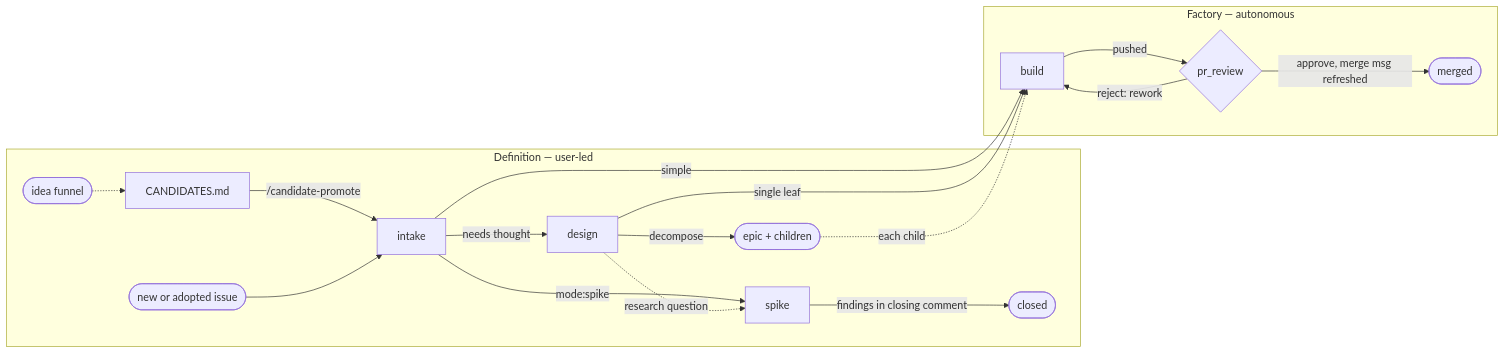
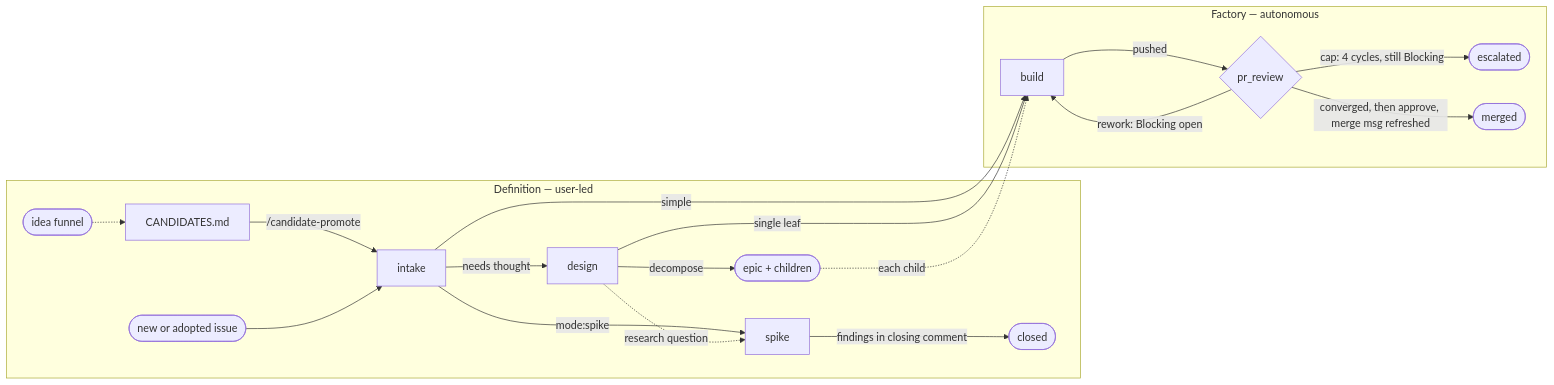
One commit to GeoffNordling/dev-playbook changed the diagram in software-factory/software-factory.md. Above: the diagram before and after it, drawn with Mermaid. The commit also changed other lines of this file and 10 other files, not shown here.

First line of the commit message:
The review loop — parallel reviews, a script verdict, and a 4-cycle cap (#464)

````diff
--- a/software-factory/software-factory.md
+++ b/software-factory/software-factory.md
@@ -34,23 +34,24 @@
 ```mermaid
 flowchart LR
     subgraph definition[Definition — user-led]
         ideas([idea funnel]) -.-> cand[CANDIDATES.md]
         cand -->|/candidate-promote| intake[intake]
         stub([new or adopted issue]) --> intake
         intake -->|needs thought| design[design]
         intake -->|mode:spike| spike[spike]
         design -.->|research question| spike
         design -->|decompose| epic([epic + children])
         spike -->|findings in closing comment| closed([closed])
     end
 
     subgraph factory[Factory — autonomous]
         build[build] -->|pushed| pr_review{pr_review}
-        pr_review -->|reject: rework| build
-        pr_review -->|approve, merge msg refreshed| done([merged])
+        pr_review -->|rework: Blocking open| build
+        pr_review -->|cap: 4 cycles, still Blocking| stuck([escalated])
+        pr_review -->|converged, then approve, merge msg refreshed| done([merged])
     end
 
     intake -->|simple| build
     design -->|single leaf| build
     epic -.->|each child| build
 ```
````
